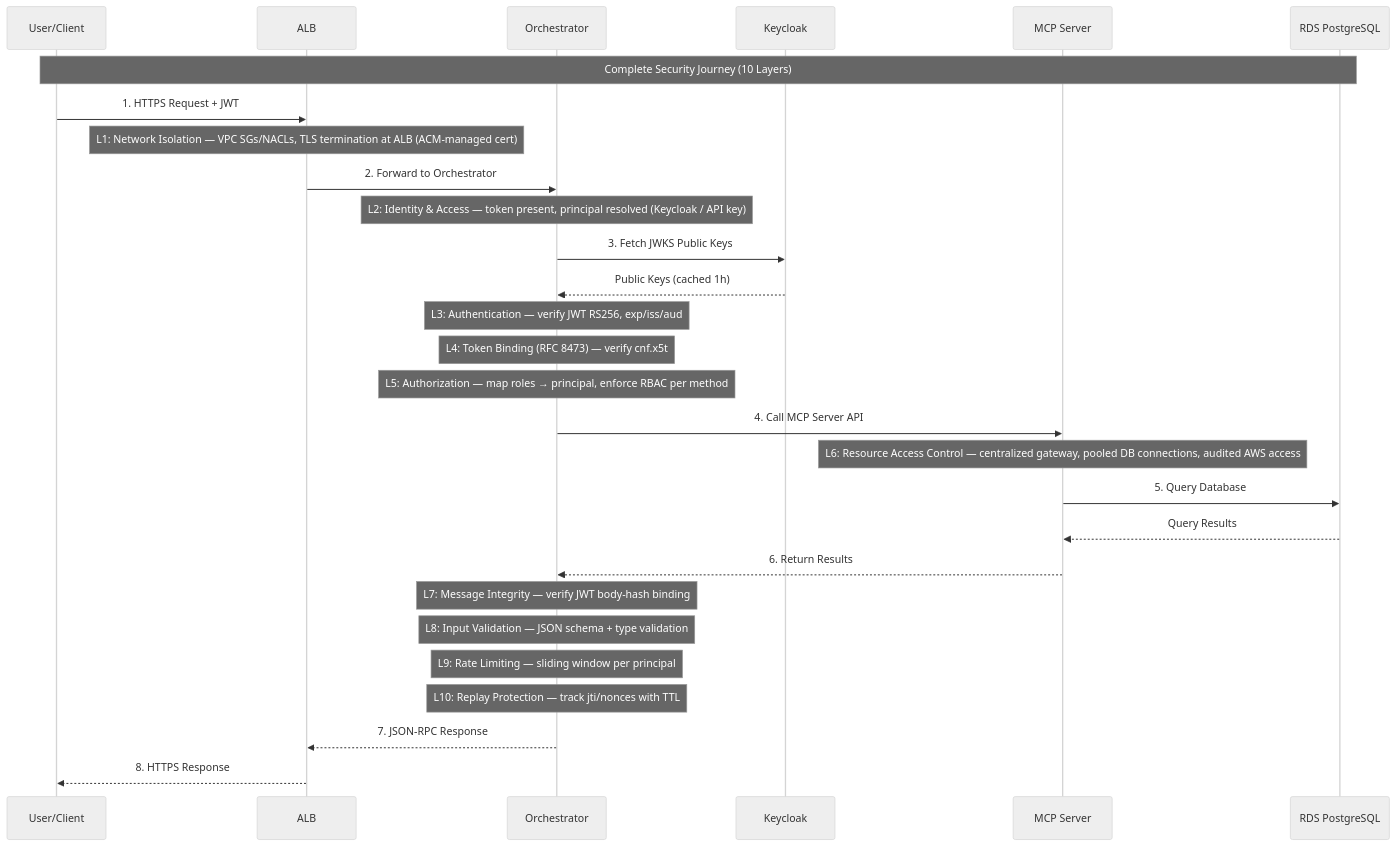
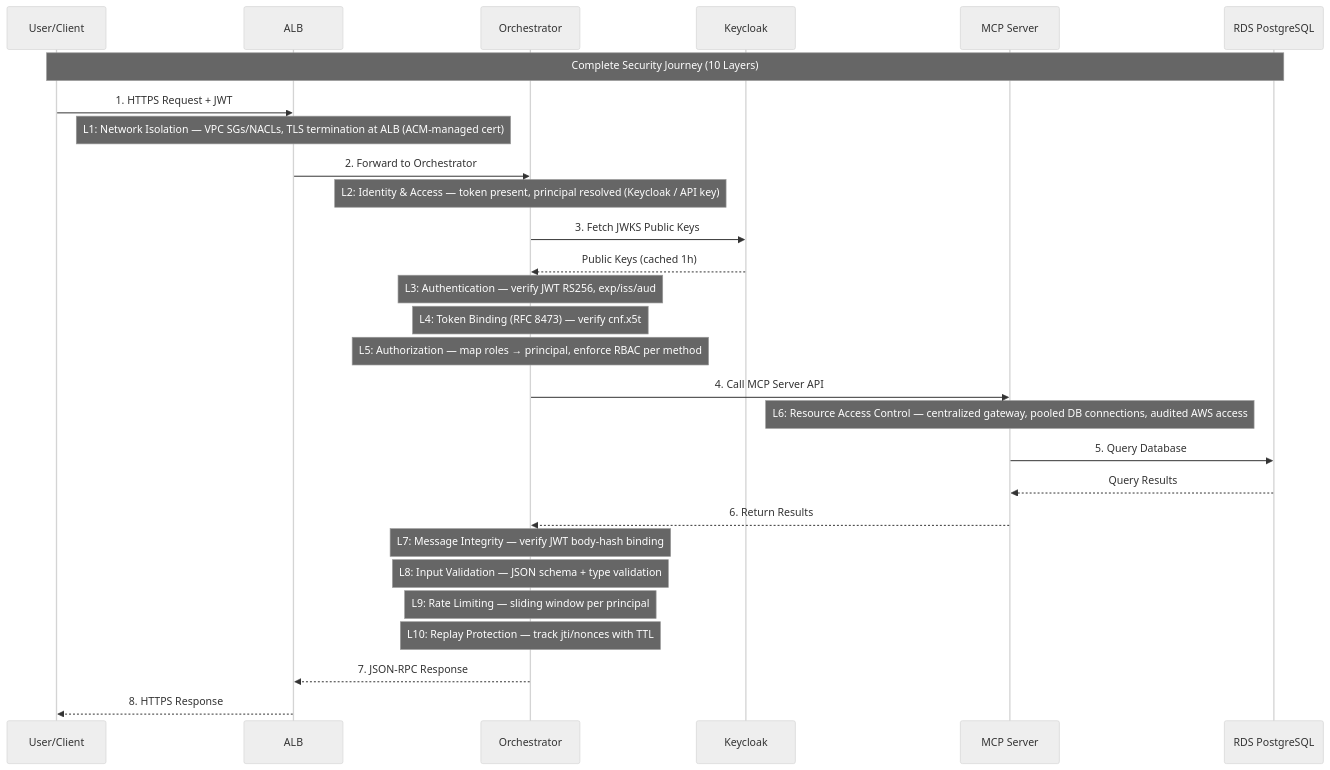
Before and after one commit to jaafar-benabderrazak/ca_a2a: the fourth of 10 diagrams in CA_A2A_COMPLETE_SECURITY_DOCUMENTATION.md, drawn with Mermaid. The commit also changed other lines of this file and 1 other file, not shown here.

Commit message:
Make Mermaid graphs compact with 8px font size

````diff
--- a/CA_A2A_COMPLETE_SECURITY_DOCUMENTATION.md
+++ b/CA_A2A_COMPLETE_SECURITY_DOCUMENTATION.md
@@ -304,48 +304,48 @@
 ```mermaid
-%%{init: {"theme":"neutral"}}%%
+%%{init: {"theme":"neutral","themeVariables":{"fontSize":"8px","fontFamily":"sans-serif"},"sequence":{"actorFontSize":"8px","messageFontSize":"8px","noteFontSize":"7px","actorMargin":30,"boxMargin":5}}}%%
 sequenceDiagram
     participant User as User/Client
     participant ALB as ALB
     participant Orch as Orchestrator
     participant KC as Keycloak
     participant MCP as MCP Server
     participant RDS as RDS PostgreSQL
 
     Note over User,RDS: Complete Security Journey (10 Layers)
 
     User->>ALB: 1. HTTPS Request + JWT
     
     Note over ALB: L1: Network Isolation — VPC SGs/NACLs, TLS termination at ALB (ACM-managed cert)
     
     ALB->>Orch: 2. Forward to Orchestrator
     
     Note over Orch: L2: Identity & Access — token present, principal resolved (Keycloak / API key)
     
     Orch->>KC: 3. Fetch JWKS Public Keys
     KC-->>Orch: Public Keys (cached 1h)
     
     Note over Orch: L3: Authentication — verify JWT RS256, exp/iss/aud
     
     Note over Orch: L4: Token Binding (RFC 8473) — verify cnf.x5t#S256 matches presented cert
     
     Note over Orch: L5: Authorization — map roles → principal, enforce RBAC per method
     
     Orch->>MCP: 4. Call MCP Server API
     
     Note over MCP: L6: Resource Access Control — centralized gateway, pooled DB connections, audited AWS access
     
     MCP->>RDS: 5. Query Database
     RDS-->>MCP: Query Results
     MCP-->>Orch: 6. Return Results
     
     Note over Orch: L7: Message Integrity — verify JWT body-hash binding
     
     Note over Orch: L8: Input Validation — JSON schema + type validation
     
     Note over Orch: L9: Rate Limiting — sliding window per principal
     
     Note over Orch: L10: Replay Protection — track jti/nonces with TTL
     
     Orch-->>ALB: 7. JSON-RPC Response
     ALB-->>User: 8. HTTPS Response
 ```
````
